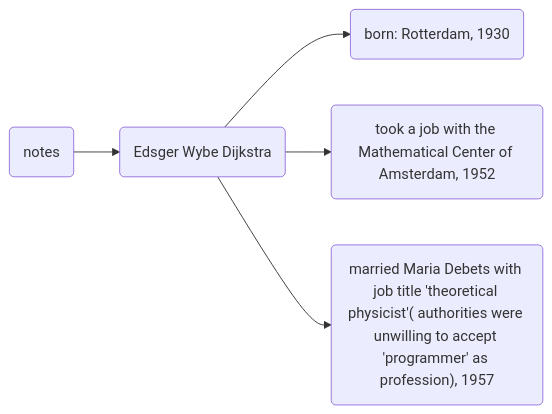
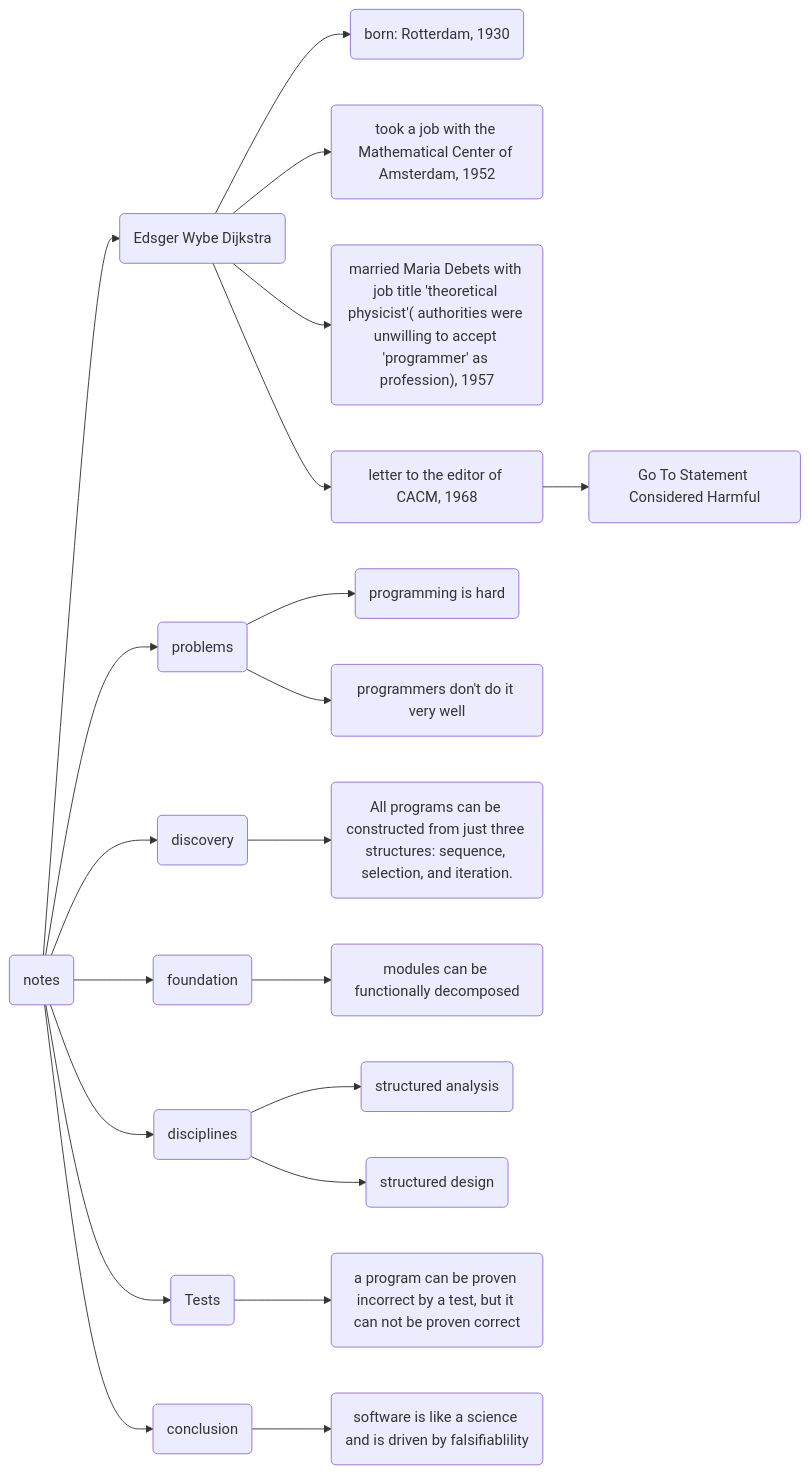
One commit to xuonlyone/reading-minutes changed the fifth of 5 diagrams in Clean Architecture.md. Above: the diagram before and after it, drawn with Mermaid. The commit also changed other lines of this file, not shown here.

Commit message:
update chapter 4

````diff
--- a/Clean Architecture.md
+++ b/Clean Architecture.md
@@ -113,8 +113,26 @@
 ```Mermaid
 graph LR;
 Ch0(notes) --> Ch1(Edsger Wybe Dijkstra);
 Ch1 --> Ch11(born: Rotterdam, 1930);
 Ch1 --> Ch12(took a job with the Mathematical Center of Amsterdam, 1952)
 Ch1 --> Ch13("married Maria Debets with job title 'theoretical physicist'( authorities were unwilling to accept 'programmer' as profession), 1957")
+Ch1 --> Ch14(letter to the editor of CACM, 1968)
+Ch14 --> Ch141("Go To Statement Considered Harmful")
+
+Ch0 --> Ch2(problems)
+Ch2 --> Ch21(programming is hard)
+Ch2 --> Ch22(programmers don't do it very well)
+
+Ch0 --> Ch3(discovery)
+Ch3 --> Ch31(All programs can be constructed from just three structures: sequence, selection, and iteration.)
+Ch0 --> Ch4(foundation)
+Ch4 --> Ch42(modules can be functionally decomposed)
+Ch0 --> Ch5(disciplines)
+Ch5 --> Ch51(structured analysis)
+Ch5 --> Ch52(structured design)
+Ch0 --> Ch6(Tests)
+Ch6 --> Ch61(a program can be proven incorrect by a test, but it can not be proven correct)
+Ch0 --> Ch7(conclusion)
+Ch7 --> Ch71(software is like a science and is driven by falsifiablility)
 
 ```
````
